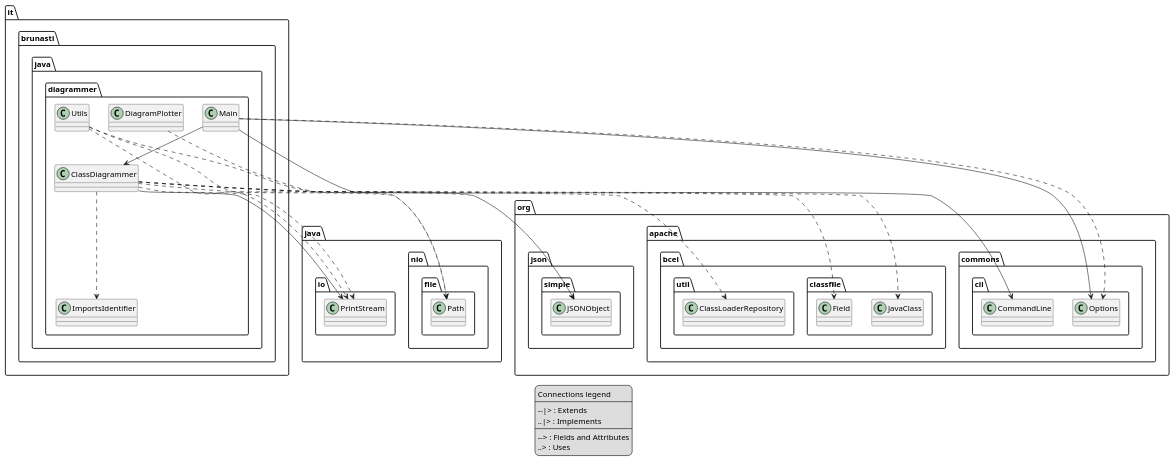
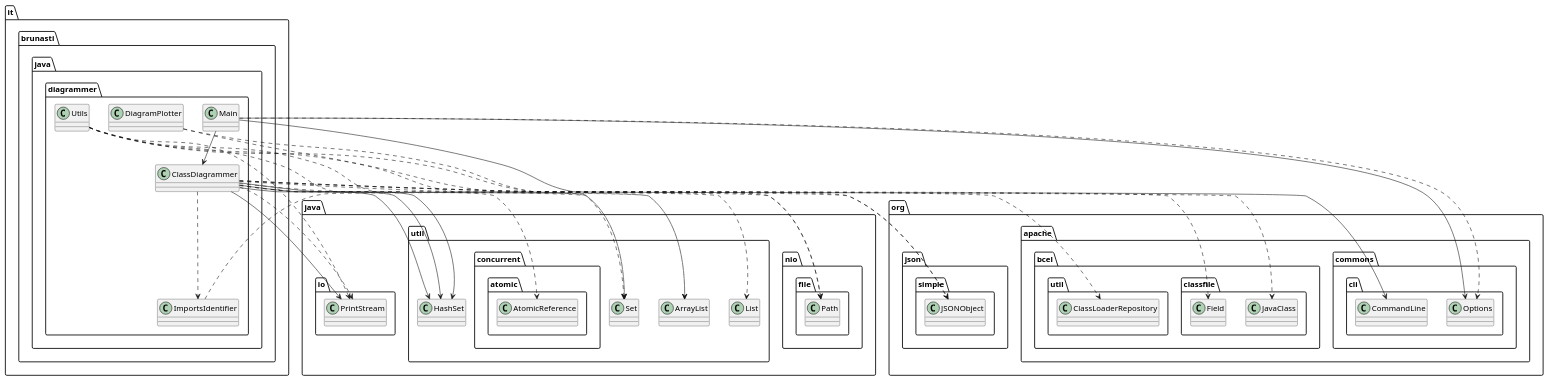
One commit to brunasti/java-diagrammer changed the diagram in docs/output.puml. Above: the diagram before and after it, drawn with PlantUML. The commit also changed 10 other files, not shown here.

Commit message:
Automatically regenerate documentation diagrams during tests

```diff
--- a/docs/output.puml
+++ b/docs/output.puml
@@ -1,55 +1,56 @@
 @startuml
 'https://plantuml.com/class-diagram
 
 ' GENERATE CLASS DIAGRAM ===========
 ' Generator       : it.brunasti.java.diagrammer.ClassDiagrammer
 ' Path            : [./target/classes]
-' Configuration   : [./docs/config-withLegend.json]
-' Generated at    : Tue Apr 02 10:16:12 CEST 2024
-legend
-Connections legend
-----
---|> : Extends
-..|> : Implements
-----
---> : Fields and Attributes
-..> : Uses
-end legend
+' Configuration   : []
+' Generated at    : Tue Apr 02 10:39:18 CEST 2024
 
 
 
 ' CLASSES =======
 class it.brunasti.java.diagrammer.ClassDiagrammer
 class it.brunasti.java.diagrammer.Utils
 class it.brunasti.java.diagrammer.Main
 class it.brunasti.java.diagrammer.ImportsIdentifier
 class it.brunasti.java.diagrammer.DiagramPlotter
 
 ' INHERITANCES =======
 
 ' IMPLEMENT INTERFACE =======
 
 ' FIELDS =======
 it.brunasti.java.diagrammer.ClassDiagrammer --> java.io.PrintStream
+it.brunasti.java.diagrammer.ClassDiagrammer --> java.util.HashSet
+it.brunasti.java.diagrammer.ClassDiagrammer --> java.util.HashSet
+it.brunasti.java.diagrammer.ClassDiagrammer --> java.util.HashSet
 it.brunasti.java.diagrammer.Main --> org.apache.commons.cli.CommandLine
 it.brunasti.java.diagrammer.Main --> it.brunasti.java.diagrammer.ClassDiagrammer
 it.brunasti.java.diagrammer.Main --> org.apache.commons.cli.Options
 
 ' USES =======
 it.brunasti.java.diagrammer.ClassDiagrammer ..> java.io.PrintStream
+it.brunasti.java.diagrammer.ClassDiagrammer ..> java.util.Set
 it.brunasti.java.diagrammer.ClassDiagrammer ..> org.json.simple.JSONObject
 it.brunasti.java.diagrammer.ClassDiagrammer ..> org.apache.bcel.classfile.JavaClass
 it.brunasti.java.diagrammer.ClassDiagrammer ..> org.apache.bcel.classfile.Field
+it.brunasti.java.diagrammer.ClassDiagrammer ..> java.util.ArrayList
 it.brunasti.java.diagrammer.ClassDiagrammer ..> org.apache.bcel.util.ClassLoaderRepository
 it.brunasti.java.diagrammer.ClassDiagrammer ..> it.brunasti.java.diagrammer.ImportsIdentifier
+it.brunasti.java.diagrammer.ClassDiagrammer ..> java.util.concurrent.atomic.AtomicReference
 it.brunasti.java.diagrammer.Utils ..> java.io.PrintStream
+it.brunasti.java.diagrammer.Utils ..> java.util.ArrayList
+it.brunasti.java.diagrammer.Utils ..> java.util.Set
 it.brunasti.java.diagrammer.Utils ..> org.json.simple.JSONObject
 it.brunasti.java.diagrammer.Utils ..> java.nio.file.Path
 it.brunasti.java.diagrammer.Main ..> org.apache.commons.cli.Options
+it.brunasti.java.diagrammer.ImportsIdentifier ..> java.util.Set
+it.brunasti.java.diagrammer.DiagramPlotter ..> java.util.List
 it.brunasti.java.diagrammer.DiagramPlotter ..> java.nio.file.Path
 
 ' IMPORTS =======
 ' Java Files Path : 
 
 
 @enduml
```
